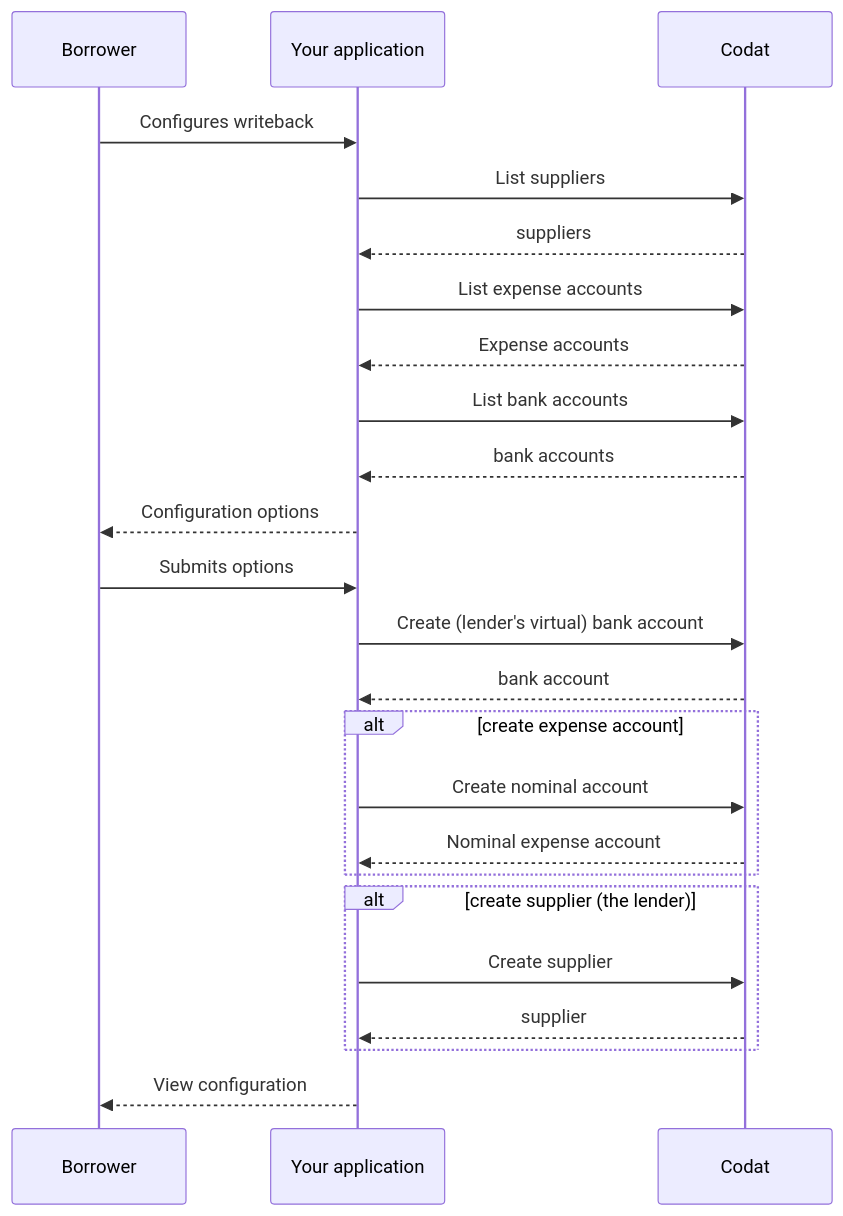
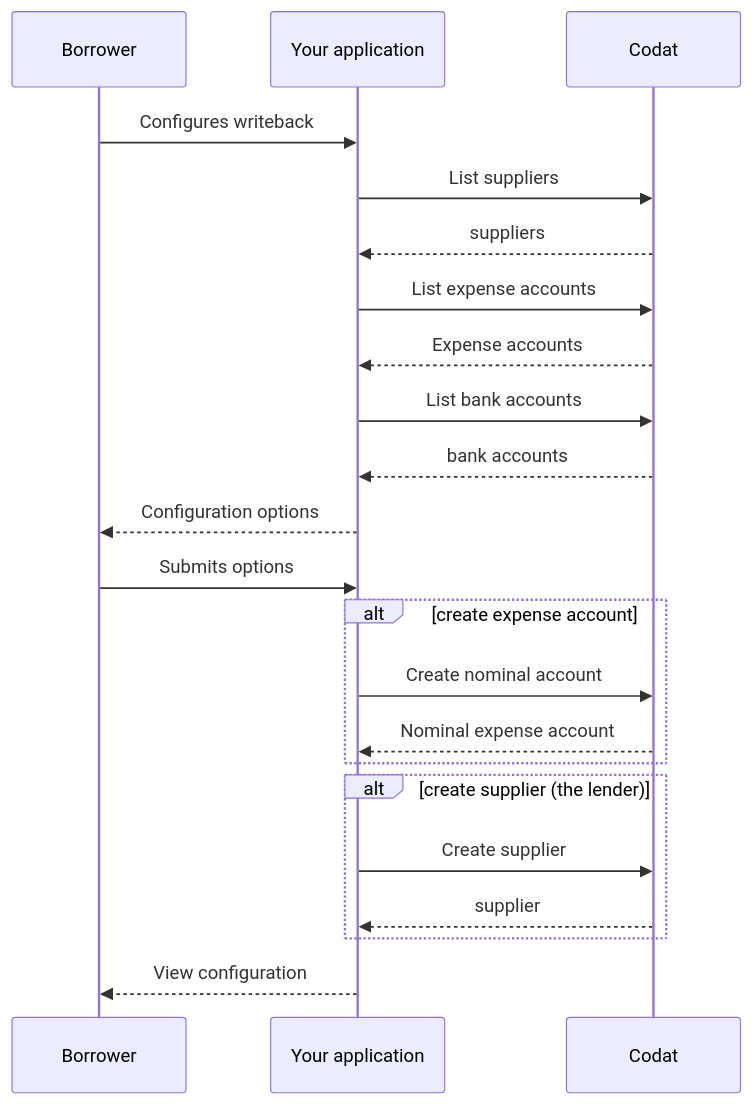
Before and after one commit to codatio/codat-docs: the diagram in docs/lending/guides/loan-writeback/configure.md, drawn with Mermaid. The commit also changed other lines of this file and 5 other files, not shown here.

````diff
--- a/docs/lending/guides/loan-writeback/configure.md
+++ b/docs/lending/guides/loan-writeback/configure.md
@@ -25,37 +25,34 @@
 ```mermaid
 sequenceDiagram
     participant frontend as Borrower
     participant backend as Your application 
     participant codat as Codat
     
 
     frontend ->> backend: Configures writeback
 
     backend ->> codat: List suppliers
     codat -->> backend: suppliers
 
     backend ->> codat: List expense accounts
     codat -->> backend: Expense accounts
         
     backend ->> codat: List bank accounts
     codat -->> backend: bank accounts
     
     backend -->> frontend: Configuration options
     
     frontend ->> backend: Submits options
     
-    backend ->> codat: Create (lender's virtual) bank account
-    codat -->> backend: bank account
-    
     alt create expense account
         backend ->> codat: Create nominal account
         codat -->> backend: Nominal expense account
     end
     
     alt create supplier (the lender)
         backend ->> codat: Create supplier
         codat -->> backend: supplier
     end
 
     backend -->> frontend: View configuration
 ```
````
